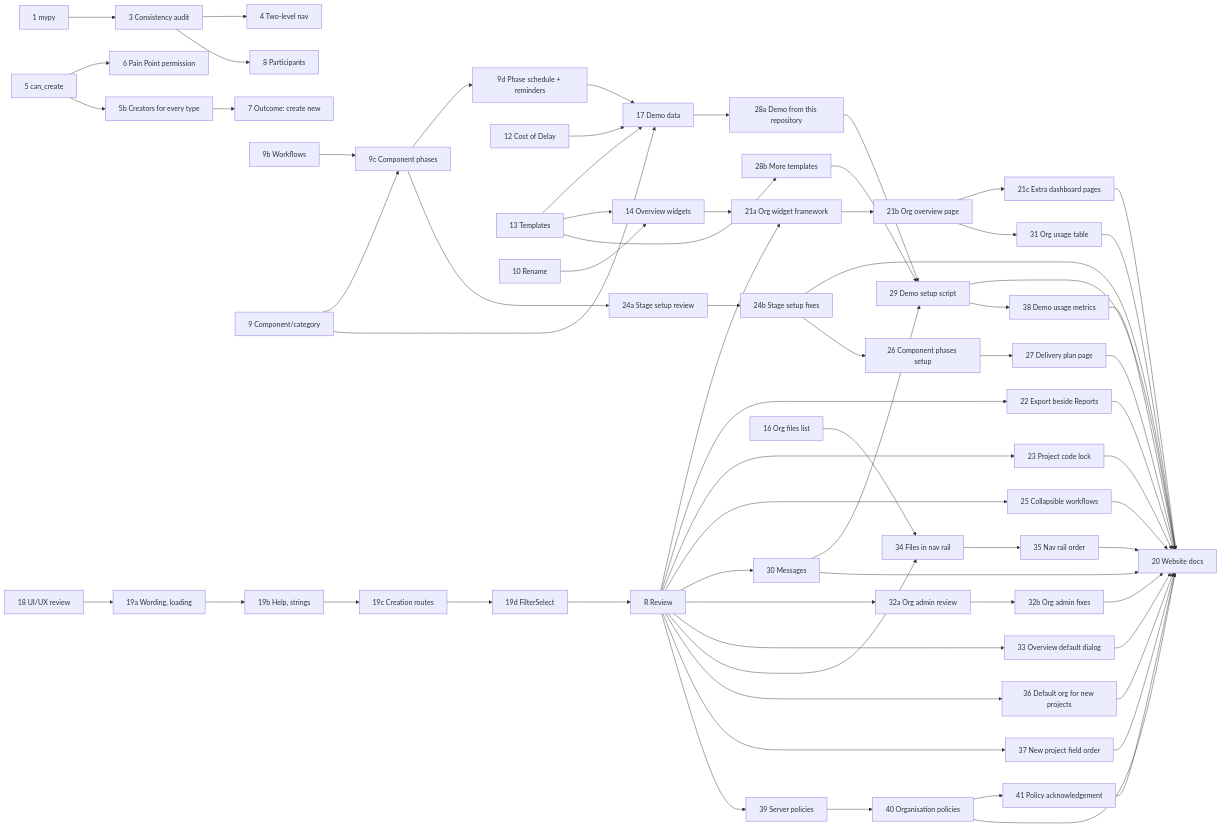
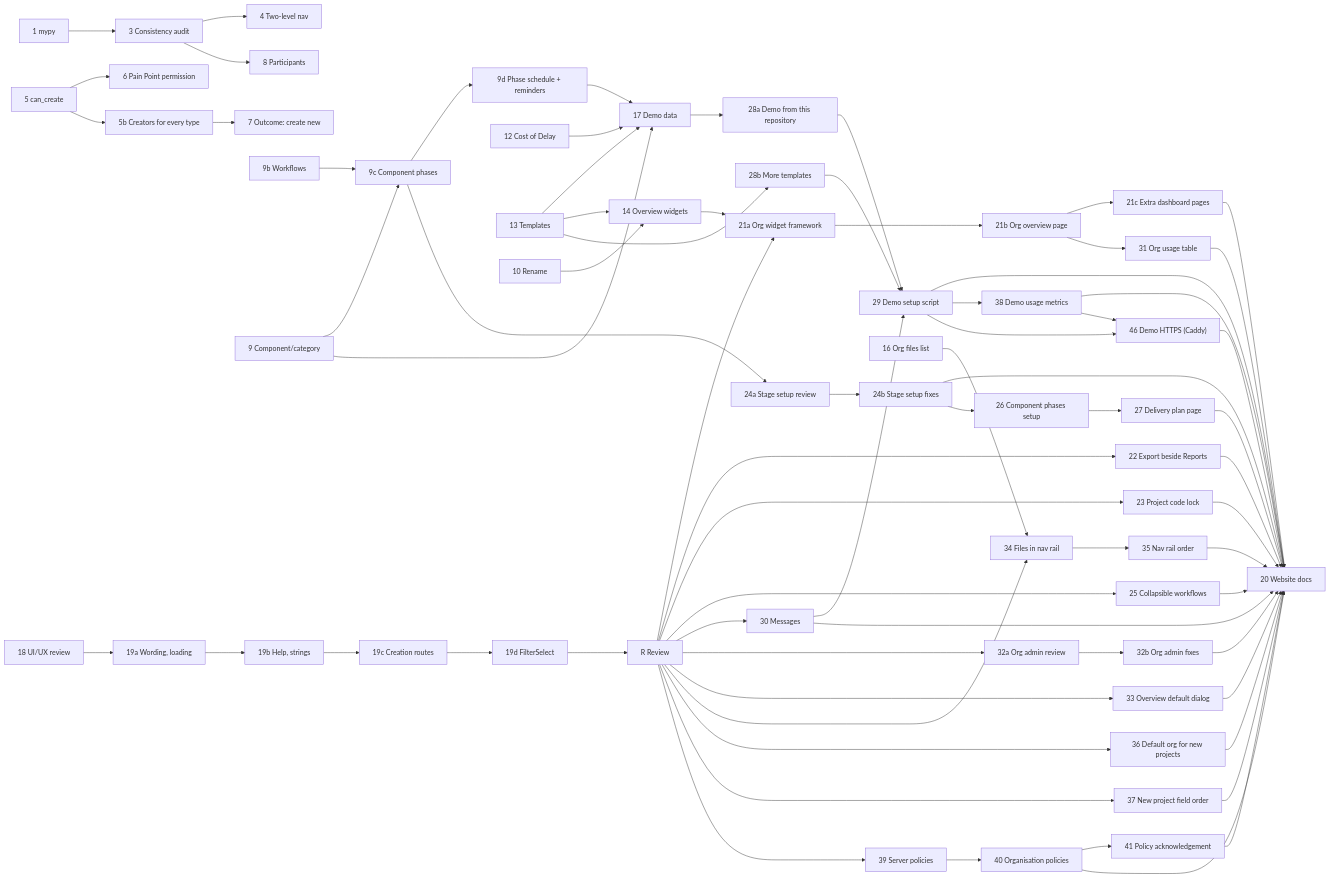
The diagram in docs/plans/platform-review-2026-11-plan.md (ballardr/reqtrackmanager), drawn with Mermaid before and after one commit. The commit also changed other lines of this file and 48 other files, not shown here.

````diff
--- a/docs/plans/platform-review-2026-11-plan.md
+++ b/docs/plans/platform-review-2026-11-plan.md
@@ -73,70 +74,73 @@
 ```mermaid
 flowchart LR
     P1["1 mypy"] --> P3["3 Consistency audit"]
     P3 --> P4["4 Two-level nav"]
     P5["5 can_create"] --> P6["6 Pain Point permission"]
     P5 --> P5b["5b Creators for every type"]
     P5b --> P7["7 Outcome: create new"]
     P3 --> P8["8 Participants"]
     P9b["9b Workflows"] --> P9c["9c Component phases"]
     P9["9 Component/category"] --> P9c
     P9 --> P17["17 Demo data"]
     P9c --> P9d["9d Phase schedule + reminders"]
     P9d --> P17
     P12["12 Cost of Delay"] --> P17
     P13["13 Templates"] --> P17
     P10["10 Rename"] --> P14["14 Overview widgets"]
     P13 --> P14
     P18["18 UI/UX review"] --> P19a["19a Wording, loading"]
     P19a --> P19b["19b Help, strings"]
     P19b --> P19c["19c Creation routes"]
     P19c --> P19d["19d FilterSelect"]
     P19d --> PR["R Review"]
     PR --> P21a["21a Org widget framework"]
     P14["14 Overview widgets"] --> P21a
     P21a --> P21b["21b Org overview page"]
     P21b --> P21c["21c Extra dashboard pages"]
     PR --> P22["22 Export beside Reports"]
     PR --> P23["23 Project code lock"]
     P9c["9c Component phases"] --> P24a["24a Stage setup review"]
     P24a --> P24b["24b Stage setup fixes"]
     P21c --> P20["20 Website docs"]
     P22 --> P20
     P23 --> P20
     P24b --> P20
     PR --> P25["25 Collapsible workflows"]
     P24b --> P26["26 Component phases setup"]
     P26 --> P27["27 Delivery plan page"]
     P17["17 Demo data"] --> P28a["28a Demo from this repository"]
     P13["13 Templates"] --> P28b["28b More templates"]
     P28a --> P29["29 Demo setup script"]
     P28b --> P29
     P30["30 Messages"] --> P29
     PR --> P30
     P21b --> P31["31 Org usage table"]
     PR --> P32a["32a Org admin review"]
     P32a --> P32b["32b Org admin fixes"]
     P25 --> P20
     P27 --> P20
     P29 --> P20
     P30 --> P20
     P31 --> P20
     P32b --> P20
     P16["16 Org files list"] --> P34["34 Files in nav rail"]
     PR --> P33["33 Overview default dialog"]
     PR --> P34
     P34 --> P35["35 Nav rail order"]
     P33 --> P20
     P35 --> P20
     PR --> P36["36 Default org for new projects"]
     P36 --> P20
     PR --> P37["37 New project field order"]
     P37 --> P20
     P29 --> P38["38 Demo usage metrics"]
     P38 --> P20
     PR --> P39["39 Server policies"]
     P39 --> P40["40 Organisation policies"]
     P40 --> P41["41 Policy acknowledgement"]
+    P29 --> P46["46 Demo HTTPS (Caddy)"]
+    P38 --> P46
+    P46 --> P20
     P40 --> P20
     P41 --> P20
 ```
````
